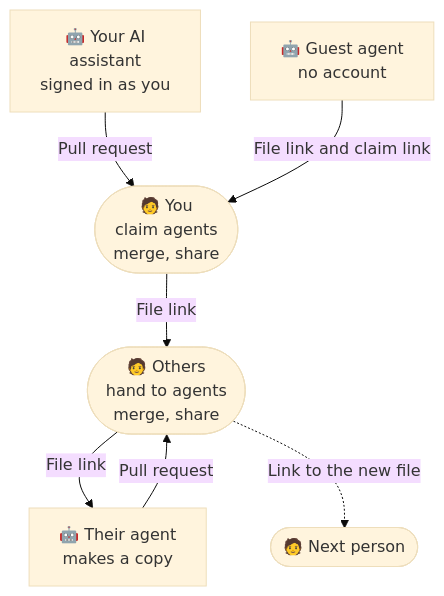
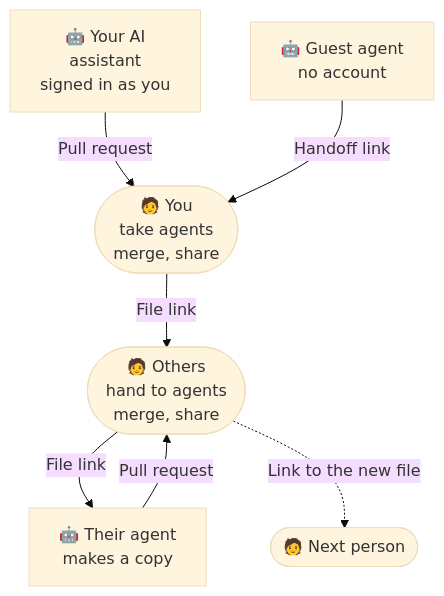
Before and after one commit to dream-num/univer-workspace: the first of 5 diagrams in docs/agent-handoff-showcase.md, drawn with Mermaid (base theme). The commit also changed other lines of this file and 13 other files, not shown here.

First line of the commit message:
docs(workspace): describe the handoff link, its preview and fork ownership

````diff
--- a/docs/agent-handoff-showcase.md
+++ b/docs/agent-handoff-showcase.md
@@ -9,9 +9,9 @@
 ```mermaid
 flowchart TB
     Asst["🤖 Your AI<br/>assistant<br/>signed in as you"] -- Pull request --> You
-    Guest["🤖 Guest agent<br/>no account"] -- File link and claim link --> You
-    You(["🧑 You<br/>claim agents<br/>merge, share"]) -- File link --> Other(["🧑 Others<br/>hand to agents<br/>merge, share"])
+    Guest["🤖 Guest agent<br/>no account"] -- Handoff link --> You
+    You(["🧑 You<br/>take agents<br/>merge, share"]) -- File link --> Other(["🧑 Others<br/>hand to agents<br/>merge, share"])
     Other -- File link --> OtherAgent["🤖 Their agent<br/>makes a copy"]
     OtherAgent -- Pull request --> Other
     Other -. Link to the new file .-> Next(["🧑 Next person"])
 ```
````
